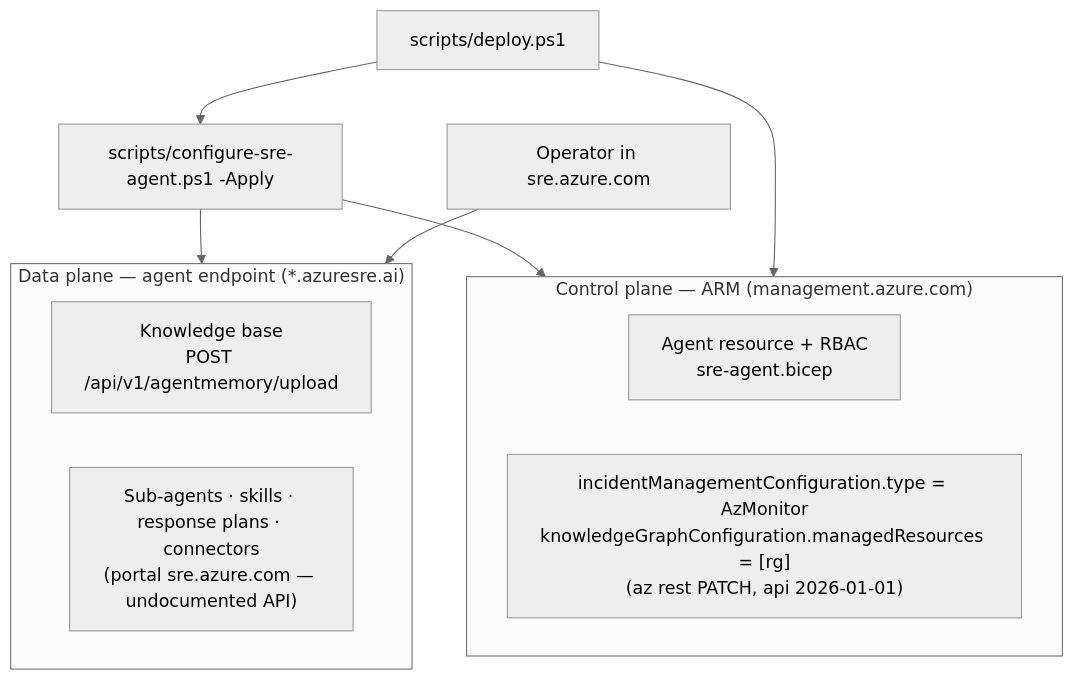
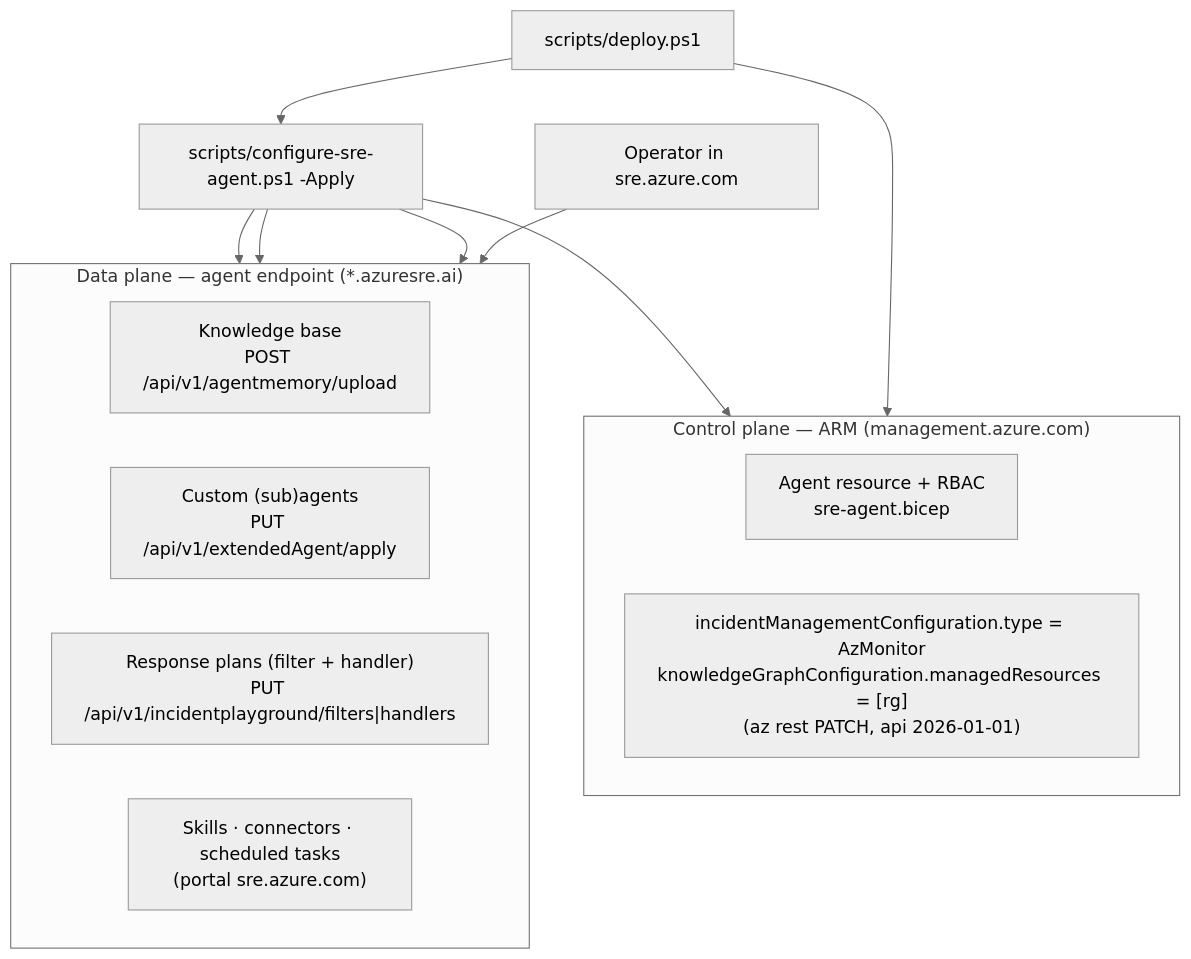
The first of 2 diagrams in docs/sre-agent-configuration.md (erjosito/networking-sre-agent), drawn with Mermaid (neutral theme) before and after one commit. The commit also changed other lines of this file and 4 other files, not shown here.

First line of the commit message:
Automate SRE Agent sub-agents + response plans in configure-sre-agent.ps1

````diff
--- a/docs/sre-agent-configuration.md
+++ b/docs/sre-agent-configuration.md
@@ -35,18 +36,22 @@
 ```mermaid
 flowchart TB
     subgraph CP["Control plane — ARM (management.azure.com)"]
         direction LR
         R["Agent resource + RBAC<br/>sre-agent.bicep"]
         I["incidentManagementConfiguration.type = AzMonitor<br/>knowledgeGraphConfiguration.managedResources = [rg]<br/>(az rest PATCH, api 2026-01-01)"]
     end
     subgraph DP["Data plane — agent endpoint (*.azuresre.ai)"]
         direction LR
         K["Knowledge base<br/>POST /api/v1/agentmemory/upload"]
-        P["Sub-agents · skills · response plans · connectors<br/>(portal sre.azure.com — undocumented API)"]
+        A["Custom (sub)agents<br/>PUT /api/v1/extendedAgent/apply"]
+        RPn["Response plans (filter + handler)<br/>PUT /api/v1/incidentplayground/filters|handlers"]
+        P["Skills · connectors · scheduled tasks<br/>(portal sre.azure.com)"]
     end
     B["scripts/configure-sre-agent.ps1 -Apply"] --> I
     B --> K
+    B --> A
+    B --> RPn
     deploy["scripts/deploy.ps1"] --> R
     deploy --> B
     portal["Operator in sre.azure.com"] --> P
 ```
````
